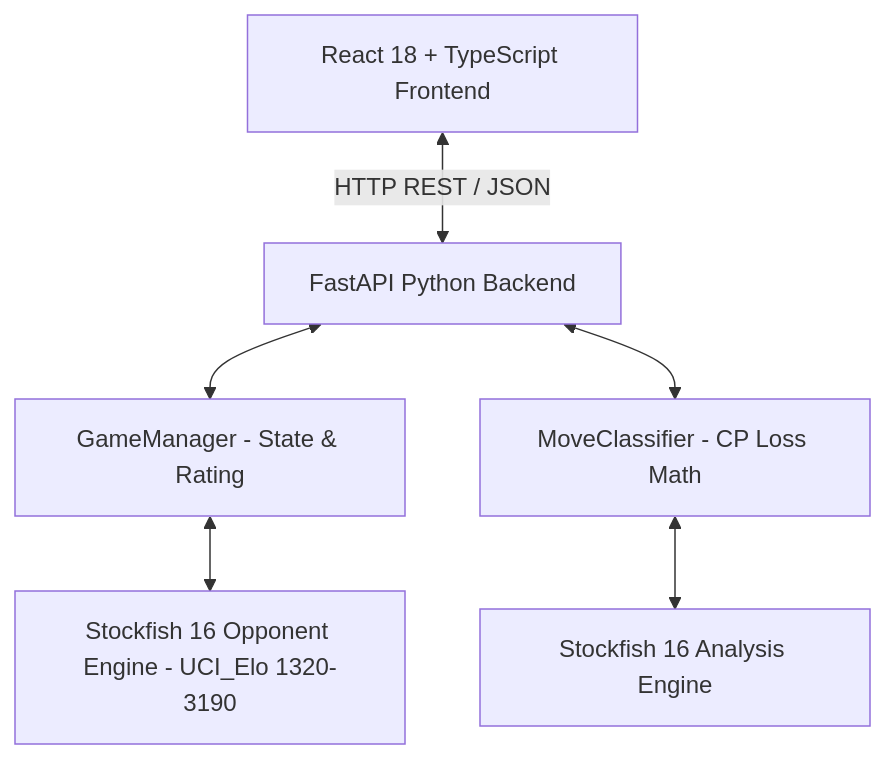
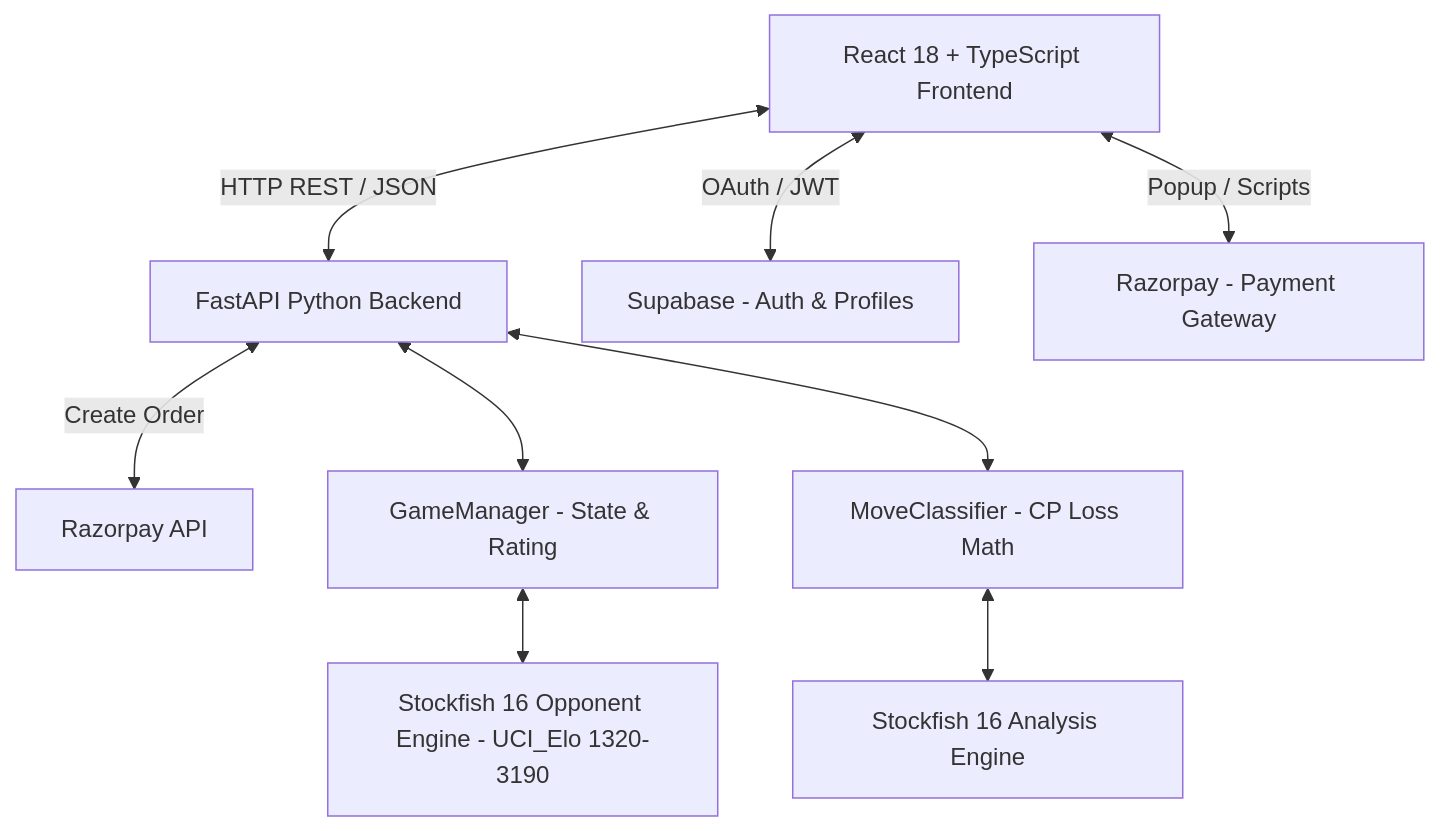
The first of 6 diagrams in ARCHITECTURE.md (janhavi-28/chess-game), drawn with Mermaid before and after one commit. The commit also changed other lines of this file and 3 other files, not shown here.

````diff
--- a/ARCHITECTURE.md
+++ b/ARCHITECTURE.md
@@ -11,8 +11,11 @@
 ```mermaid
 graph TD
     Client[React 18 + TypeScript Frontend] <-->|HTTP REST / JSON| API[FastAPI Python Backend]
+    Client <-->|OAuth / JWT| Supabase[Supabase - Auth & Profiles]
+    Client <-->|Popup / Scripts| Razorpay[Razorpay - Payment Gateway]
+    API <-->|Create Order| RazorpayAPI[Razorpay API]
     API <--> Manager[GameManager - State & Rating]
     API <--> Classifier[MoveClassifier - CP Loss Math]
     Classifier <--> Engine[Stockfish 16 Analysis Engine]
     Manager <--> OpponentEngine[Stockfish 16 Opponent Engine - UCI_Elo 1320-3190]
 ```
````
